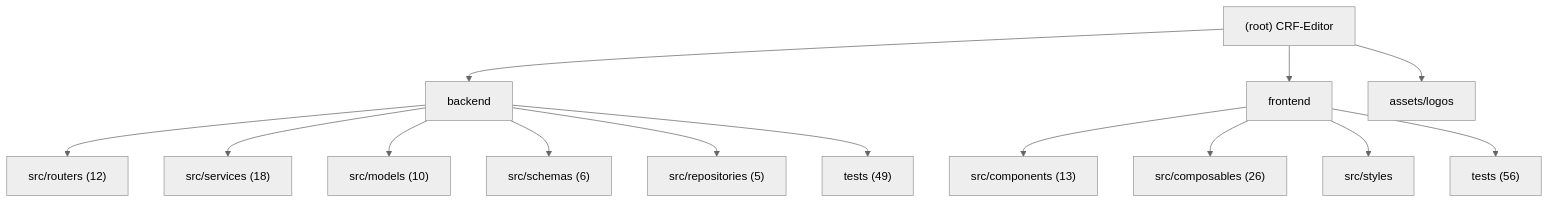
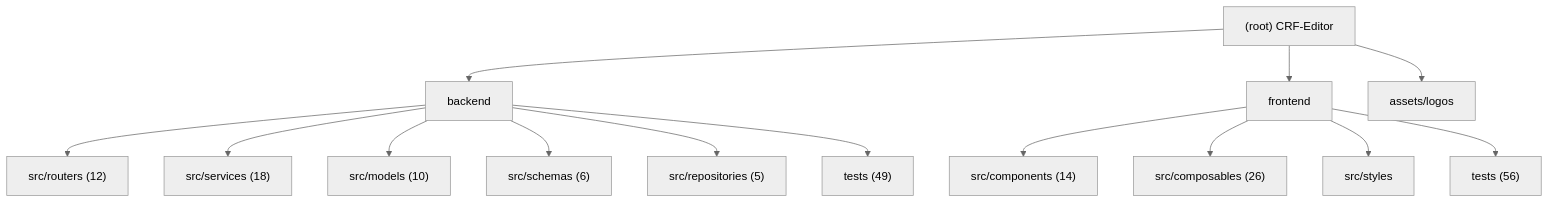
The diagram in .claude/CLAUDE.md (decade6666/CRF-Editor), drawn with Mermaid (neutral theme) before and after one commit. The commit also changed other lines of this file and 11 other files, not shown here.

````diff
--- a/.claude/CLAUDE.md
+++ b/.claude/CLAUDE.md
@@ -15,19 +15,19 @@
 ```mermaid
 graph TD
     A["(root) CRF-Editor"] --> B["backend"];
     B --> B1["src/routers (12)"];
     B --> B2["src/services (18)"];
     B --> B3["src/models (10)"];
     B --> B4["src/schemas (6)"];
     B --> B5["src/repositories (5)"];
     B --> B6["tests (49)"];
     A --> C["frontend"];
-    C --> C1["src/components (13)"];
+    C --> C1["src/components (14)"];
     C --> C2["src/composables (26)"];
     C --> C3["src/styles"];
     C --> C4["tests (56)"];
     A --> D["assets/logos"];
 
     click B "./backend/.claude/CLAUDE.md" "View backend module docs"
     click C "./frontend/.claude/CLAUDE.md" "View frontend module docs"
 ```
````
